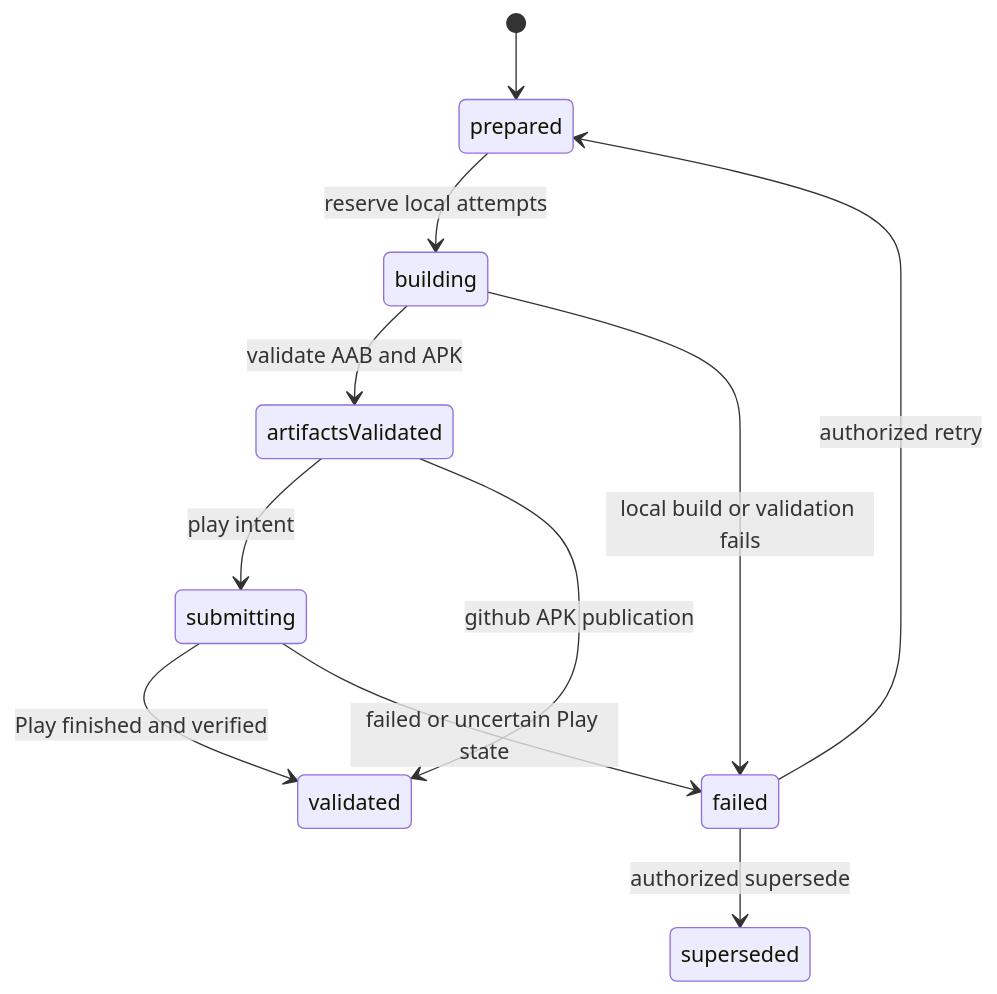
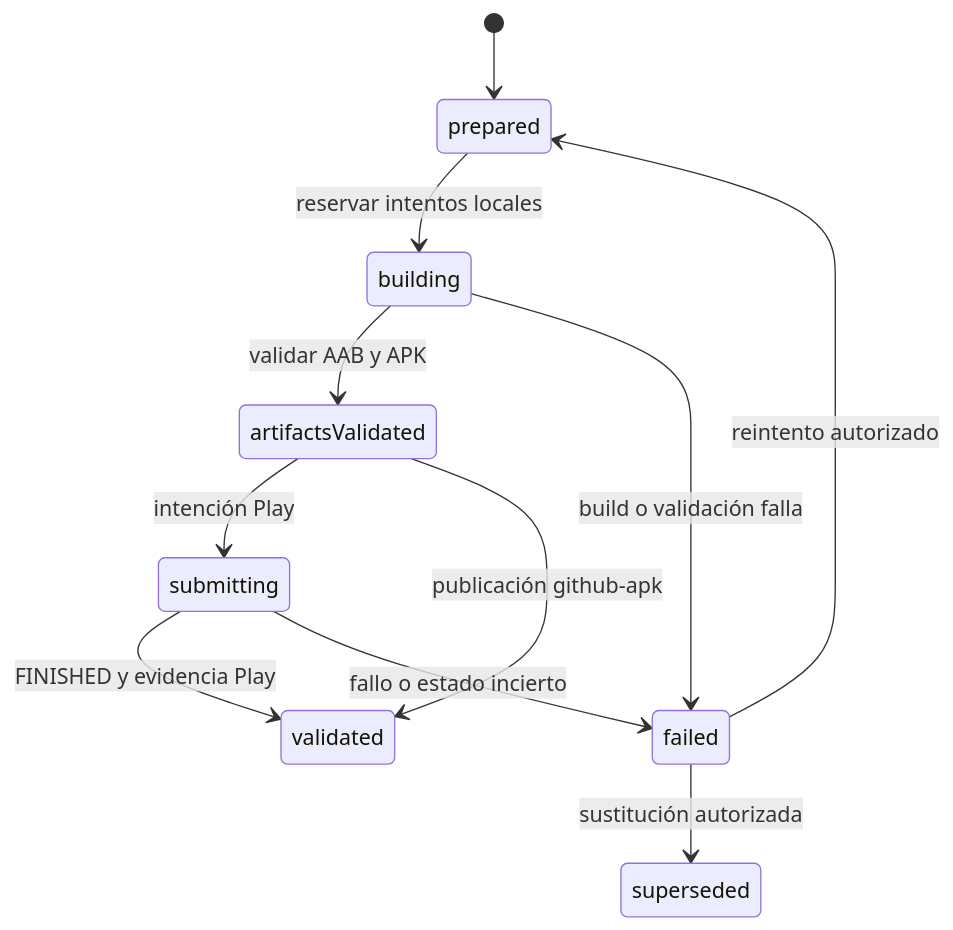
The third of 3 diagrams in openwiki/integrations/vivagym-and-updates.md (maximofn/gymnasia), drawn with Mermaid before and after one commit. The commit also changed other lines of this file and 9 other files, not shown here.

````diff
--- a/openwiki/integrations/vivagym-and-updates.md
+++ b/openwiki/integrations/vivagym-and-updates.md
@@ -176,13 +149,13 @@
 ```mermaid
 stateDiagram-v2
     [*] --> prepared
-    prepared --> building: reserve local attempts
-    building --> artifactsValidated: validate AAB and APK
-    building --> failed: local build or validation fails
-    artifactsValidated --> submitting: play intent
-    submitting --> validated: Play finished and verified
-    artifactsValidated --> validated: github APK publication
-    submitting --> failed: failed or uncertain Play state
-    failed --> prepared: authorized retry
-    failed --> superseded: authorized supersede
+    prepared --> building: reservar intentos locales
+    building --> artifactsValidated: validar AAB y APK
+    building --> failed: build o validación falla
+    artifactsValidated --> submitting: intención Play
+    submitting --> validated: FINISHED y evidencia Play
+    artifactsValidated --> validated: publicación github-apk
+    submitting --> failed: fallo o estado incierto
+    failed --> prepared: reintento autorizado
+    failed --> superseded: sustitución autorizada
 ```
````
